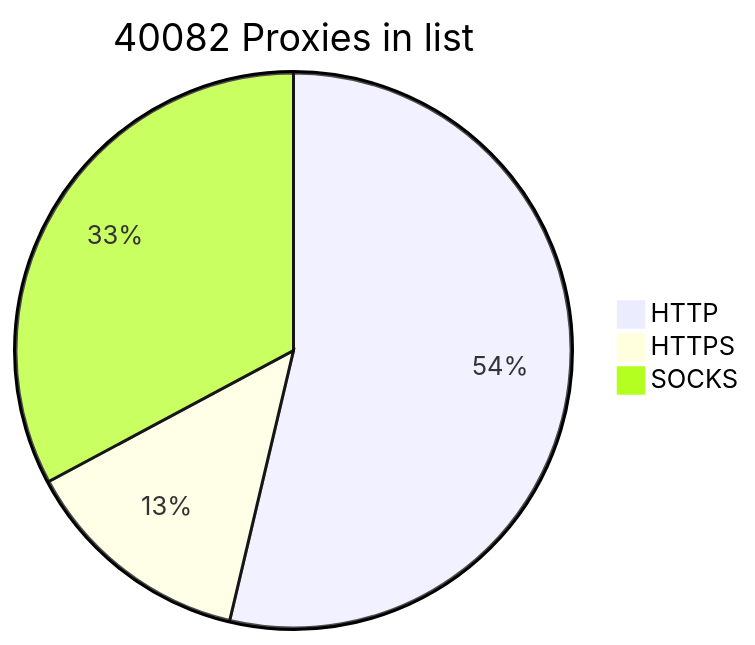
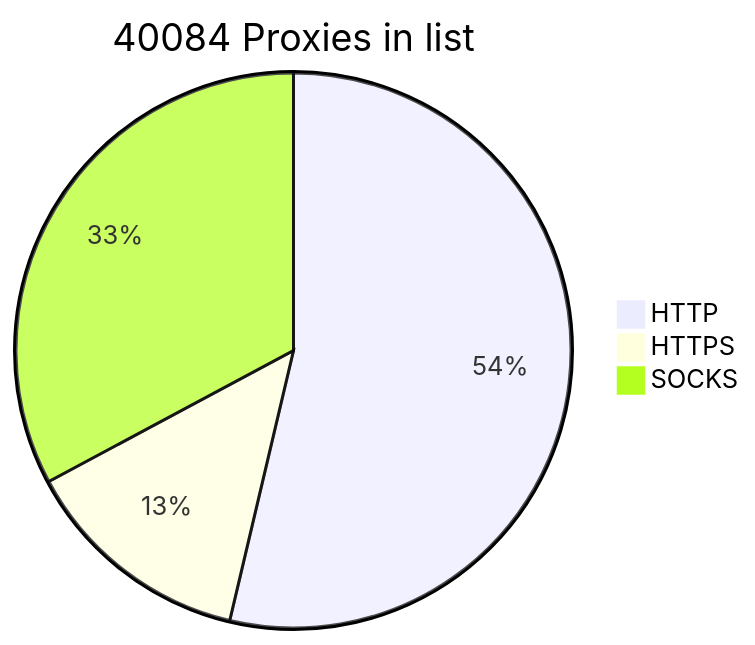
Before and after one commit to BlackSnowDot/proxylist-update-every-minute: the diagram in README.md, drawn with Mermaid. The commit also changed other lines of this file, not shown here.

````diff
--- a/README.md
+++ b/README.md
@@ -2,6 +2,6 @@
 ```mermaid
-pie title 40082 Proxies in list
+pie title 40084 Proxies in list
     "HTTP" : 23985
     "HTTPS": 6024
-    "SOCKS" : 14662
+    "SOCKS" : 14663
 ```
````
